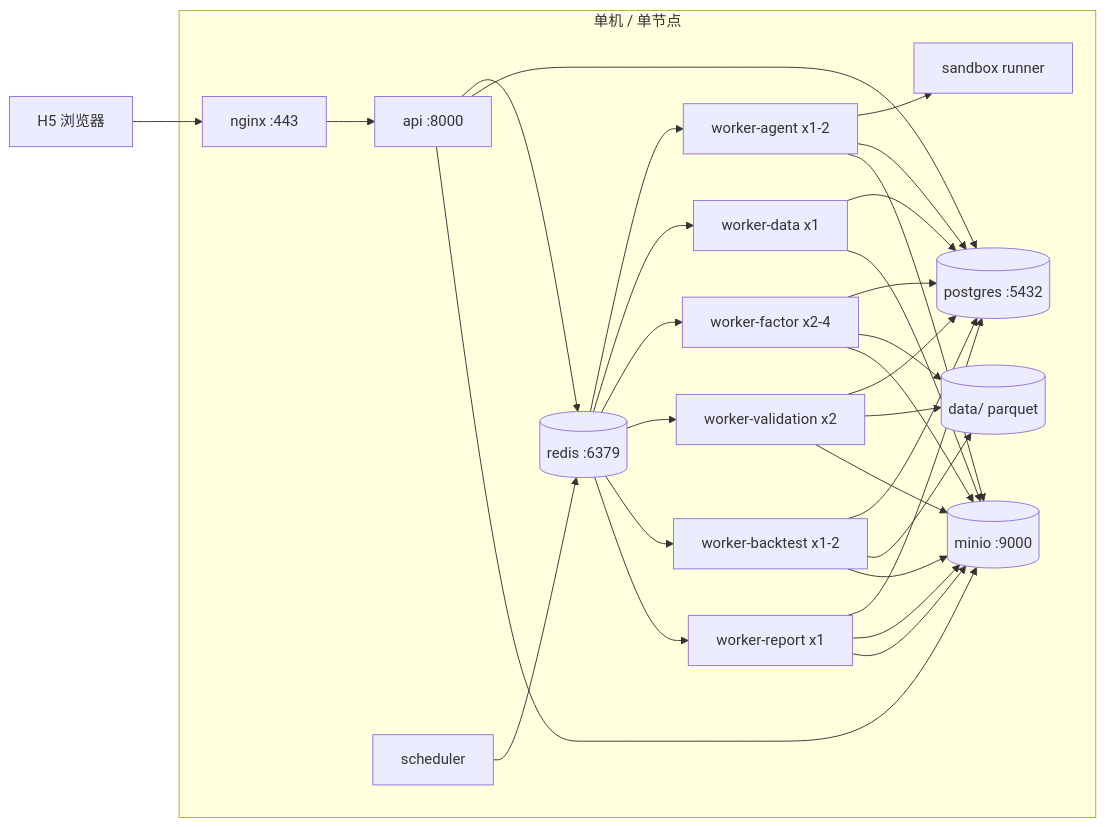
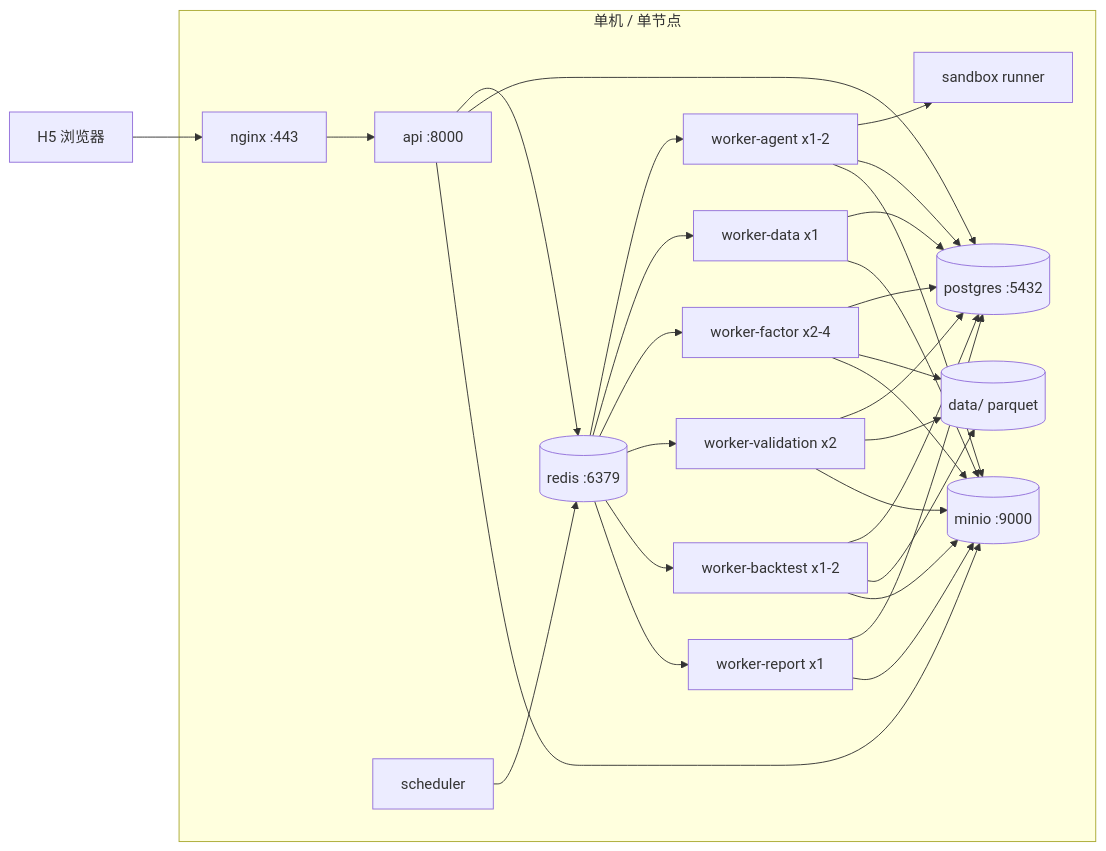
The second of 3 diagrams in docs/01-system-architecture.md (niefy/quant-research), drawn with Mermaid before and after one commit. The commit also changed other lines of this file and 2 other files, not shown here.

Commit message:
fix: make mermaid diagrams github-compatible
Split multi-node edges and normalize subgraph syntax; quote ER relationship labels.

````diff
--- a/docs/01-system-architecture.md
+++ b/docs/01-system-architecture.md
@@ -120,32 +125,48 @@
 ```mermaid
 flowchart LR
-    subgraph Host["单机 / 单节点"]
+    subgraph Host [单机 / 单节点]
         NG["nginx :443"]
         API["api :8000"]
         SCH["scheduler"]
         W1["worker-agent x1-2"]
         W2["worker-data x1"]
         W3["worker-factor x2-4"]
         W4["worker-validation x2"]
         W5["worker-backtest x1-2"]
         W6["worker-report x1"]
         PG[("postgres :5432")]
         RD[("redis :6379")]
         MI[("minio :9000")]
         FS[("data/ parquet")]
         SANDBOX["sandbox runner"]
     end
 
     H5["H5 浏览器"] --> NG
     NG --> API
     API --> RD
     API --> PG
     API --> MI
     SCH --> RD
-    RD --> W1 & W2 & W3 & W4 & W5 & W6
+    RD --> W1
+    RD --> W2
+    RD --> W3
+    RD --> W4
+    RD --> W5
+    RD --> W6
     W1 --> SANDBOX
-    W1 & W2 & W3 & W4 & W5 & W6 --> PG
-    W3 & W4 & W5 --> FS
+    W1 --> PG
+    W2 --> PG
+    W3 --> PG
+    W4 --> PG
+    W5 --> PG
+    W6 --> PG
+    W3 --> FS
+    W4 --> FS
+    W5 --> FS
+    W1 --> MI
+    W2 --> MI
+    W3 --> MI
+    W4 --> MI
+    W5 --> MI
     W6 --> MI
-    W1 & W2 & W3 & W4 & W5 & W6 --> MI
 ```
````
